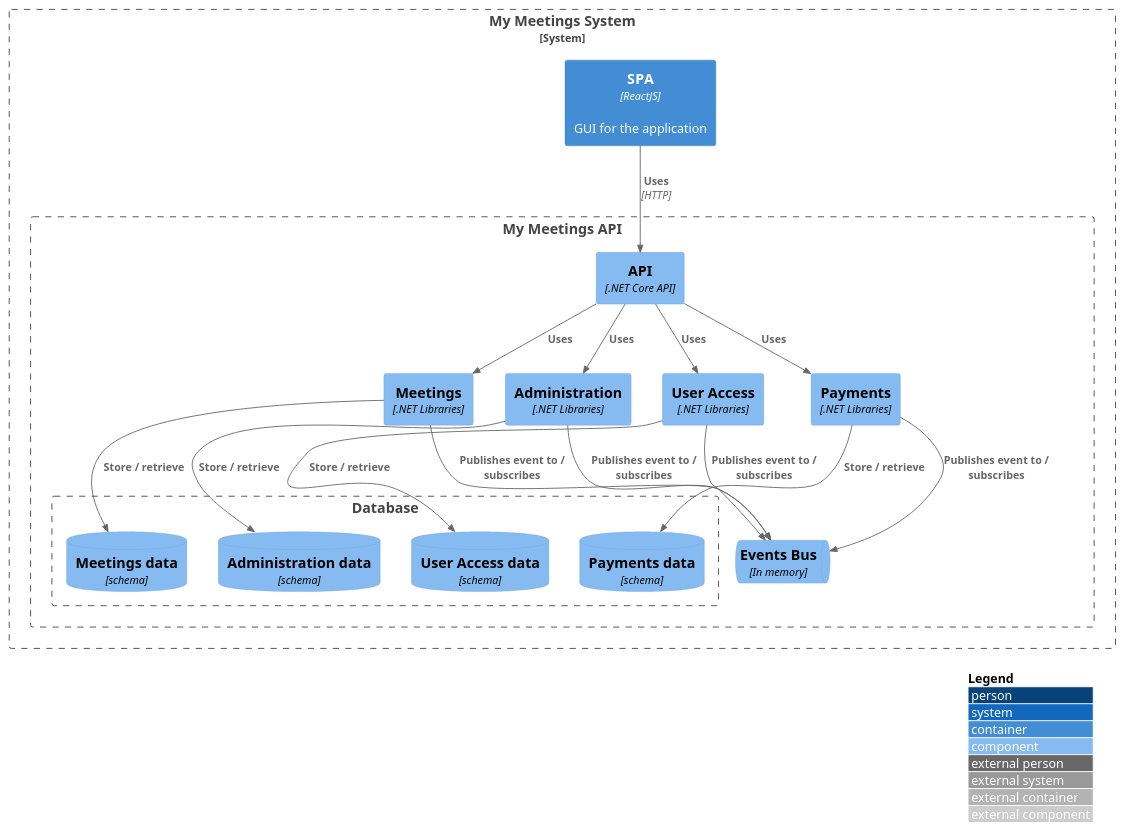
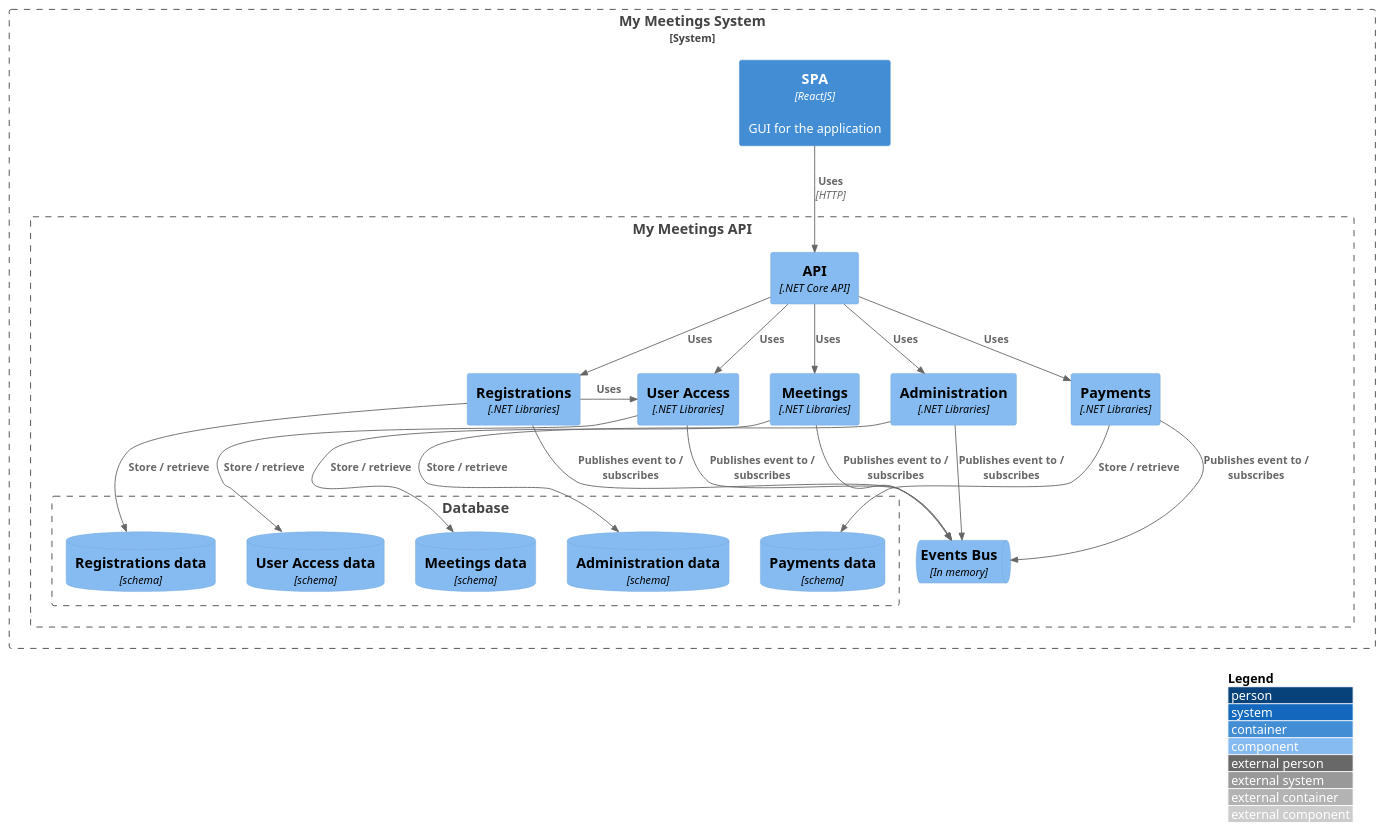
Before and after one commit to kgrzybek/modular-monolith-with-ddd: the diagram in docs/C4/c3_components.puml, drawn with PlantUML. The commit also changed 204 other files, not shown here.

```diff
--- a/docs/C4/c3_components.puml
+++ b/docs/C4/c3_components.puml
@@ -1,41 +1,48 @@
 @startuml C3 Components
 !include https://raw.githubusercontent.com/plantuml-stdlib/C4-PlantUML/master/C4_Component.puml
 
 System_Boundary(c1, "My Meetings System") {
     Container(spa, "SPA", "ReactJS", "GUI for the application")
     
     Boundary(myMeetingsApi, "My Meetings API") {
         Component(api, "API", ".NET Core API")
         Component(meetingsModule, "Meetings", ".NET Libraries")
         Component(administrationModule, "Administration", ".NET Libraries")
         Component(userAccessModule, "User Access", ".NET Libraries")
         Component(paymentsModule, "Payments", ".NET Libraries")
+        Component(registrationsModule, "Registrations", ".NET Libraries")
         ComponentQueue(eventsBus, "Events Bus", "In memory")
         
         Boundary(database, "Database") {
             ComponentDb(meetingsModuleData, "Meetings data", "schema")
             ComponentDb(administrationData, "Administration data", "schema")
             ComponentDb(userAccessData, "User Access data", "schema")
             ComponentDb(paymentsData, "Payments data", "schema")
+            ComponentDb(registrationsData, "Registrations data", "schema")
         }
     }
 }
 
 Rel(spa, api, "Uses", "HTTP")
 Rel(api, meetingsModule, "Uses")
 Rel(api, administrationModule, "Uses")
 Rel(api, userAccessModule, "Uses")
 Rel(api, paymentsModule, "Uses")
+Rel(api, registrationsModule, "Uses")
 Rel(meetingsModule, eventsBus, "Publishes event to / subscribes")
 Rel(administrationModule, eventsBus, "Publishes event to / subscribes")
 Rel(userAccessModule, eventsBus, "Publishes event to / subscribes")
 Rel(paymentsModule, eventsBus, "Publishes event to / subscribes")
+Rel(registrationsModule, eventsBus, "Publishes event to / subscribes")
 
 Rel(meetingsModule, meetingsModuleData, "Store / retrieve")
 Rel(administrationModule, administrationData, "Store / retrieve")
 Rel(userAccessModule, userAccessData, "Store / retrieve")
 Rel(paymentsModule, paymentsData, "Store / retrieve")
+Rel(registrationsModule, registrationsData, "Store / retrieve")
+
+Rel_R(registrationsModule, userAccessModule, "Uses")
 
 LAYOUT_WITH_LEGEND()
 
 @enduml
```
